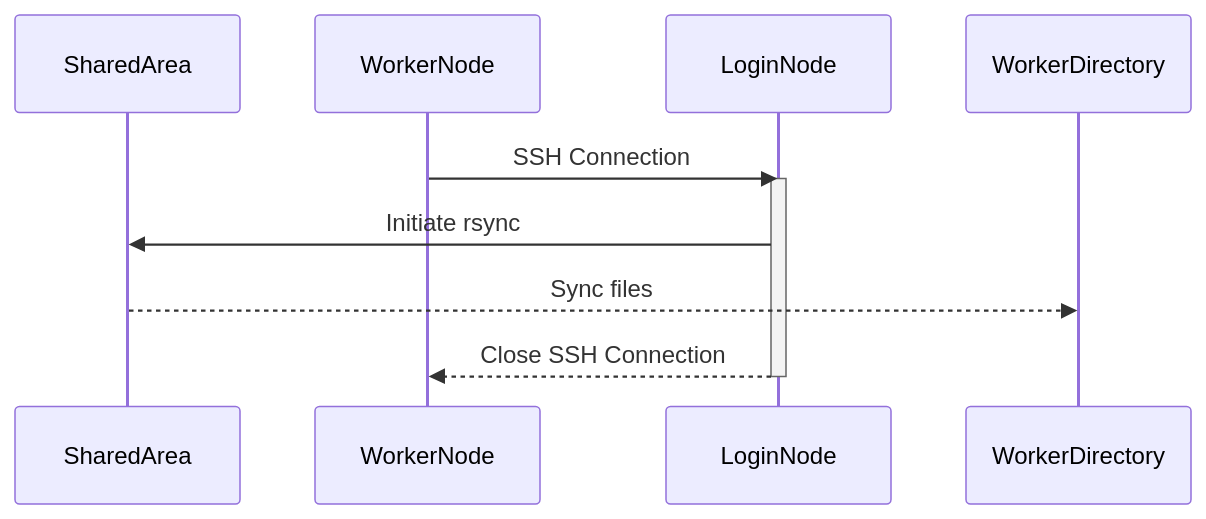
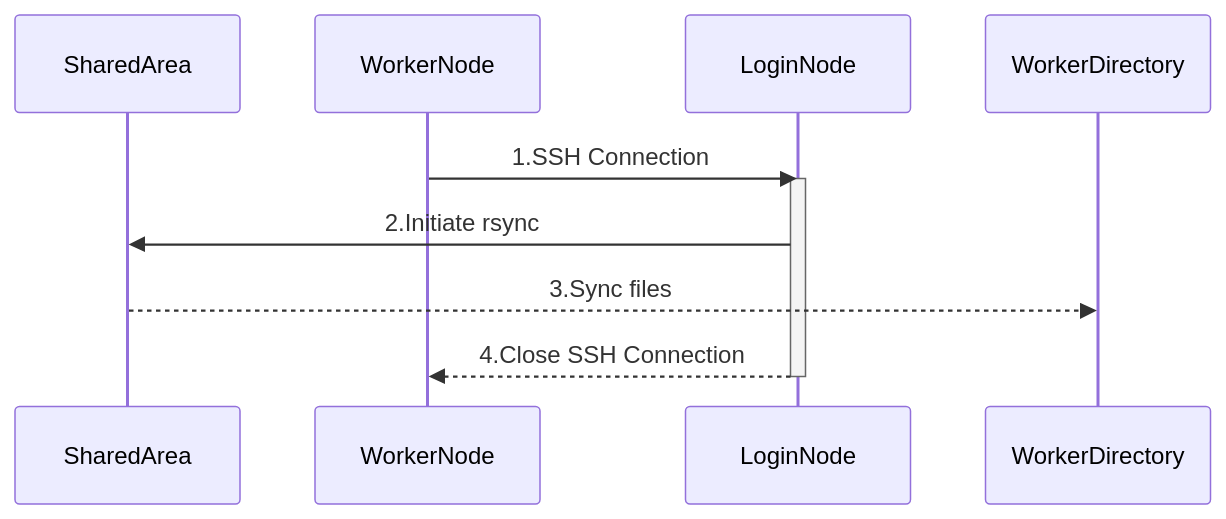
Before and after one commit to Carldkennedy/hpc_workflow_recipes: the diagram in README.md, drawn with Mermaid.

````diff
--- a/README.md
+++ b/README.md
@@ -68,10 +68,10 @@
 ```mermaid
 sequenceDiagram
     participant SharedArea
-    WorkerNode->>LoginNode: SSH Connection
+    WorkerNode->>LoginNode: 1.SSH Connection
     activate LoginNode
-    LoginNode->>SharedArea: Initiate rsync
-    SharedArea-->>WorkerDirectory: Sync files
-    LoginNode-->>WorkerNode: Close SSH Connection
+    LoginNode->>SharedArea: 2.Initiate rsync
+    SharedArea-->>WorkerDirectory: 3.Sync files
+    LoginNode-->>WorkerNode: 4.Close SSH Connection
     deactivate LoginNode
 ```
````
